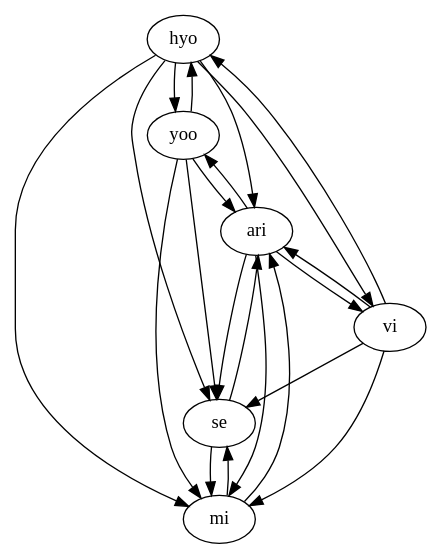
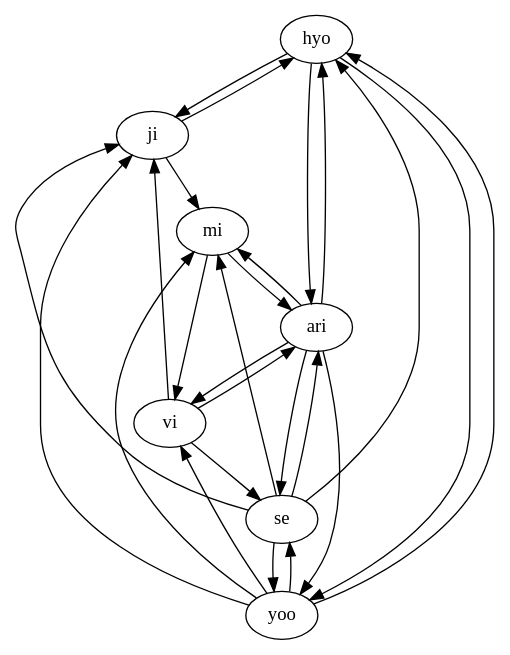
The diagram in src/main/java/resource/awesome.dot (hannimpeha/WS), drawn with Graphviz before and after one commit. The commit also changed 8 other files, not shown here.

```diff
--- a/src/main/java/resource/awesome.dot
+++ b/src/main/java/resource/awesome.dot
@@ -1,23 +1,27 @@
 digraph {
+hyo->ji;
+ji->hyo;
 hyo->yoo;
 yoo->hyo;
-hyo->mi;
-hyo->vi;
-vi->hyo;
-hyo->se;
+se->hyo;
 hyo->ari;
+ari->hyo;
+yoo->ji;
+ji->mi;
+vi->ji;
+se->ji;
 yoo->mi;
+yoo->vi;
 yoo->se;
-yoo->ari;
+se->yoo;
 ari->yoo;
-vi->mi;
-mi->se;
+mi->vi;
 se->mi;
 mi->ari;
 ari->mi;
 vi->se;
 vi->ari;
 ari->vi;
 se->ari;
 ari->se;
 }
```
